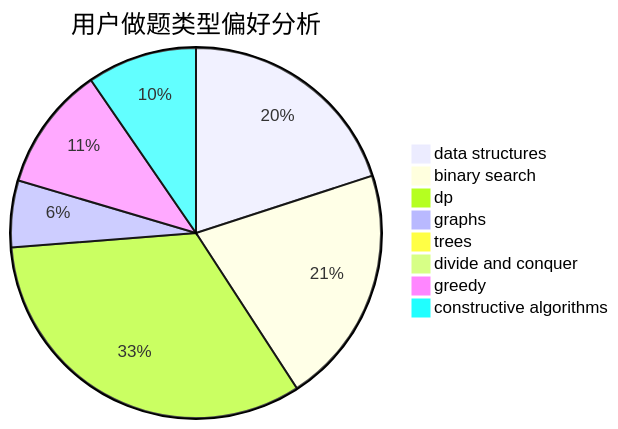
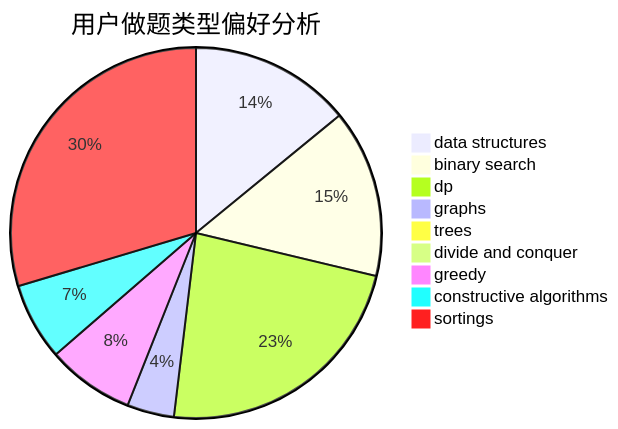
Before and after one commit to sherpahu/cfrs.github.io: the second of 3 diagrams in docs/user/u1110.md, drawn with Mermaid. The commit also changed other lines of this file and 2769 other files, not shown here.

````diff
--- a/docs/user/u1110.md
+++ b/docs/user/u1110.md
@@ -23,11 +18,12 @@
 ```mermaid
 pie title 用户做题类型偏好分析
     "data structures" :  48
     "binary search" :  50
     "dp" :  79
     "graphs" :  14
     "trees" :  0
     "divide and conquer" :  0
     "greedy" :  26
     "constructive algorithms" :  23
+    "sortings" :  101
 ```
````
